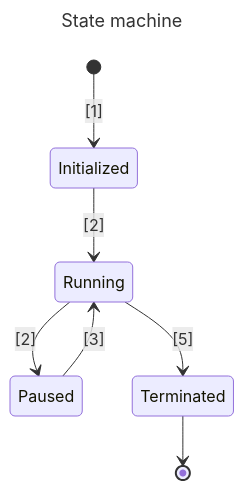
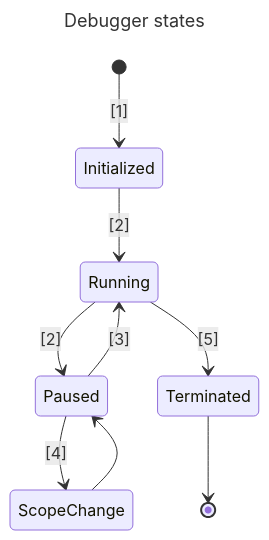
One commit to simonrw/dap-gui changed the diagram in README.md. Above: the diagram before and after it, drawn with Mermaid. The commit also changed other lines of this file, not shown here.

````diff
--- a/README.md
+++ b/README.md
@@ -50,13 +58,15 @@
 ```mermaid
 ---
-title: State machine
+title: Debugger states
 ---
 
 stateDiagram-v2
     [*] --> Initialized: [1]
     Initialized --> Running: [2]
     Running --> Paused: [2]
     Paused --> Running: [3]
+    Paused --> ScopeChange: [4]
+    ScopeChange --> Paused
     Running --> Terminated: [5]
     Terminated --> [*]
 ```
````
